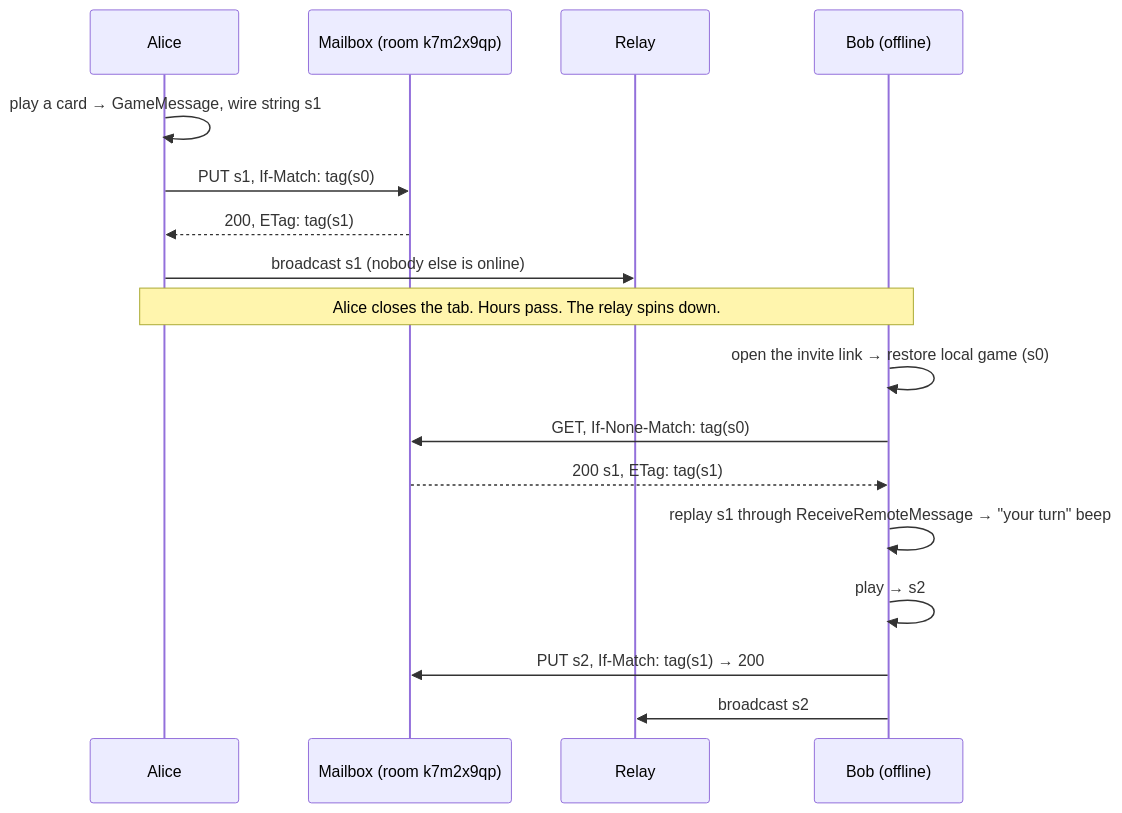
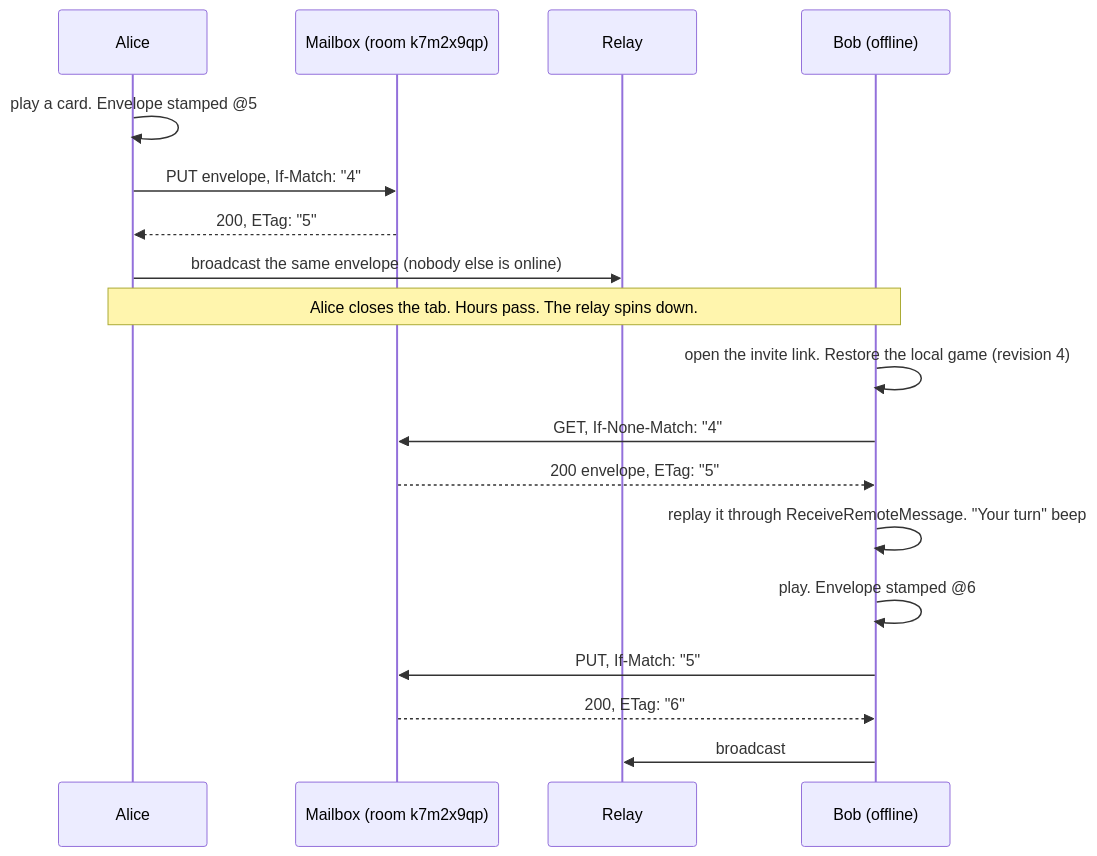
One commit to bagrounds/domination changed the second of 2 diagrams in docs/2026-11-03-async-play-design.md. Above: the diagram before and after it, drawn with Mermaid. The commit also changed other lines of this file and 2 other files, not shown here.

Commit message:
Revise async play protocol to server revisions, stamps and couriers

````diff
--- a/docs/2026-11-03-async-play-design.md
+++ b/docs/2026-11-03-async-play-design.md
@@ -237,19 +243,20 @@
 ```mermaid
 sequenceDiagram
   participant A as Alice
   participant M as Mailbox (room k7m2x9qp)
   participant R as Relay
   participant B as Bob (offline)
-  A->>A: play a card → GameMessage, wire string s1
-  A->>M: PUT s1, If-Match: tag(s0)
-  M-->>A: 200, ETag: tag(s1)
-  A->>R: broadcast s1 (nobody else is online)
+  A->>A: play a card. Envelope stamped @5
+  A->>M: PUT envelope, If-Match: "4"
+  M-->>A: 200, ETag: "5"
+  A->>R: broadcast the same envelope (nobody else is online)
   Note over A,B: Alice closes the tab. Hours pass. The relay spins down.
-  B->>B: open the invite link → restore local game (s0)
-  B->>M: GET, If-None-Match: tag(s0)
-  M-->>B: 200 s1, ETag: tag(s1)
-  B->>B: replay s1 through ReceiveRemoteMessage → "your turn" beep
-  B->>B: play → s2
-  B->>M: PUT s2, If-Match: tag(s1) → 200
-  B->>R: broadcast s2
+  B->>B: open the invite link. Restore the local game (revision 4)
+  B->>M: GET, If-None-Match: "4"
+  M-->>B: 200 envelope, ETag: "5"
+  B->>B: replay it through ReceiveRemoteMessage. "Your turn" beep
+  B->>B: play. Envelope stamped @6
+  B->>M: PUT, If-Match: "5"
+  M-->>B: 200, ETag: "6"
+  B->>R: broadcast
 ```
````
